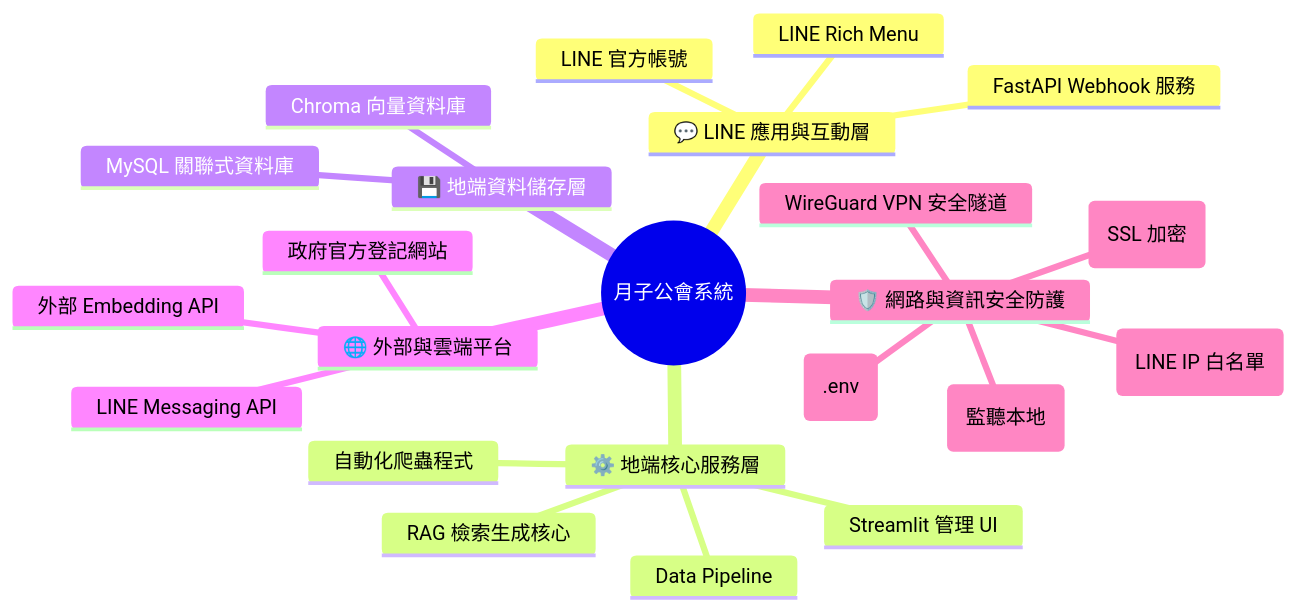
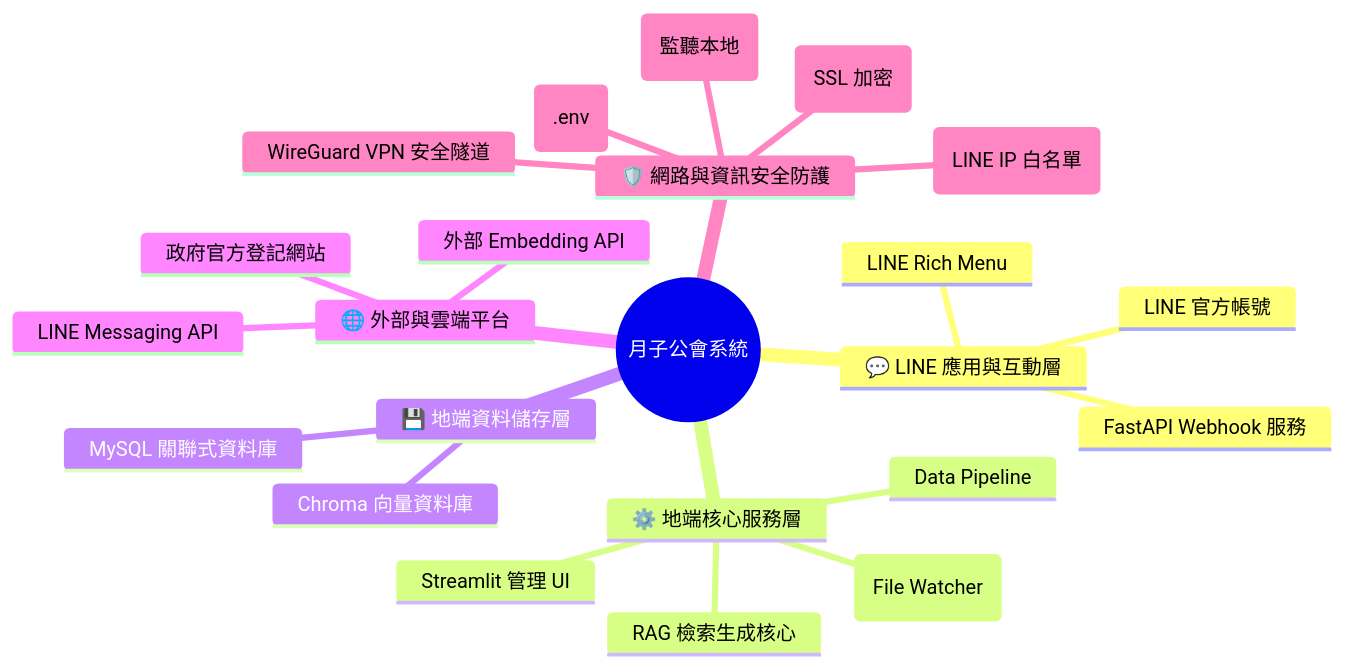
One commit to chrishzc/Labor_union changed the diagram in document/自動化系統設計規格書(總覽).md. Above: the diagram before and after it, drawn with Mermaid. The commit also changed other lines of this file and 11 other files, not shown here.

````diff
--- a/document/自動化系統設計規格書(總覽).md
+++ b/document/自動化系統設計規格書(總覽).md
@@ -9,26 +9,26 @@
 ```mermaid
 mindmap
   root((月子公會系統))
     💬 LINE 應用與互動層
       LINE 官方帳號
       LINE Rich Menu
       FastAPI Webhook 服務
     ⚙️ 地端核心服務層
       RAG 檢索生成核心
       Data Pipeline
-      自動化爬蟲程式
+      地端檔案監控服務 (File Watcher)
       Streamlit 管理 UI
     💾 地端資料儲存層
       MySQL 關聯式資料庫
       Chroma 向量資料庫
     🌐 外部與雲端平台
       LINE Messaging API
       外部 Embedding API
       政府官方登記網站
     🛡️ 網路與資訊安全防護
       地端防火牆 (LINE IP 白名單)
       Nginx 反向代理 (SSL 加密)
       WireGuard VPN 安全隧道
       資料庫安全隔離 (監聽本地)
       環境變數金鑰隔離 (.env)
 ```
````
